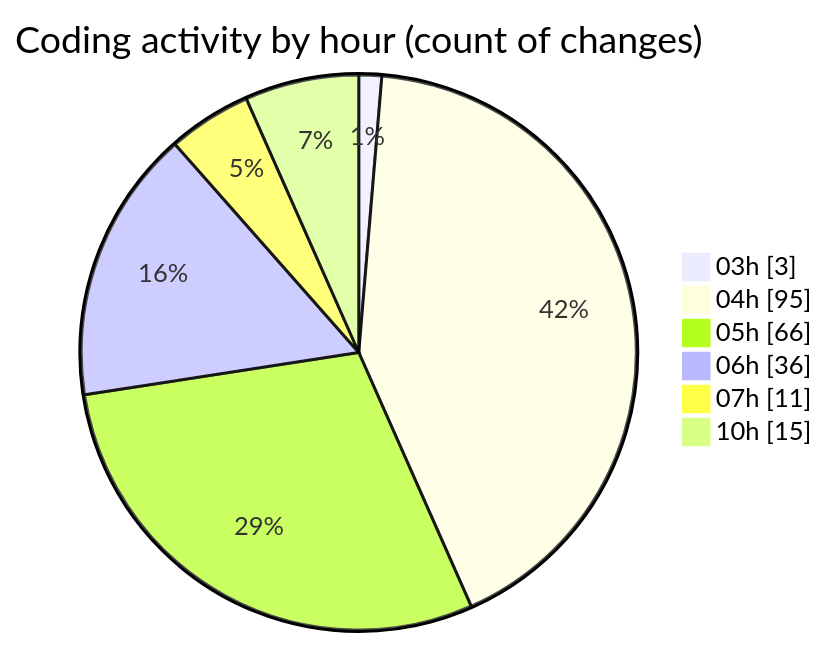
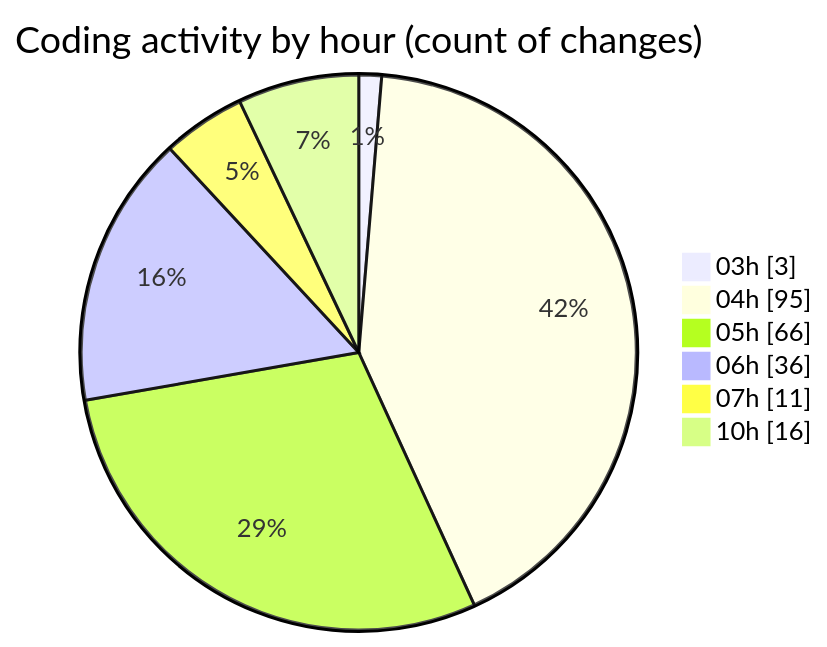
Before and after one commit to ernivani/code-tracking: the second of 2 diagrams in 2025-01-03/tinycms/README.md, drawn with Mermaid. The commit also changed other lines of this file and 5 other files, not shown here.

````diff
--- a/2025-01-03/tinycms/README.md
+++ b/2025-01-03/tinycms/README.md
@@ -74,10 +75,10 @@
 ```mermaid
 pie showData
 title Coding activity by hour (count of changes)
 "03h" : 3
 "04h" : 95
 "05h" : 66
 "06h" : 36
 "07h" : 11
-"10h" : 15
+"10h" : 16
 ```
````
